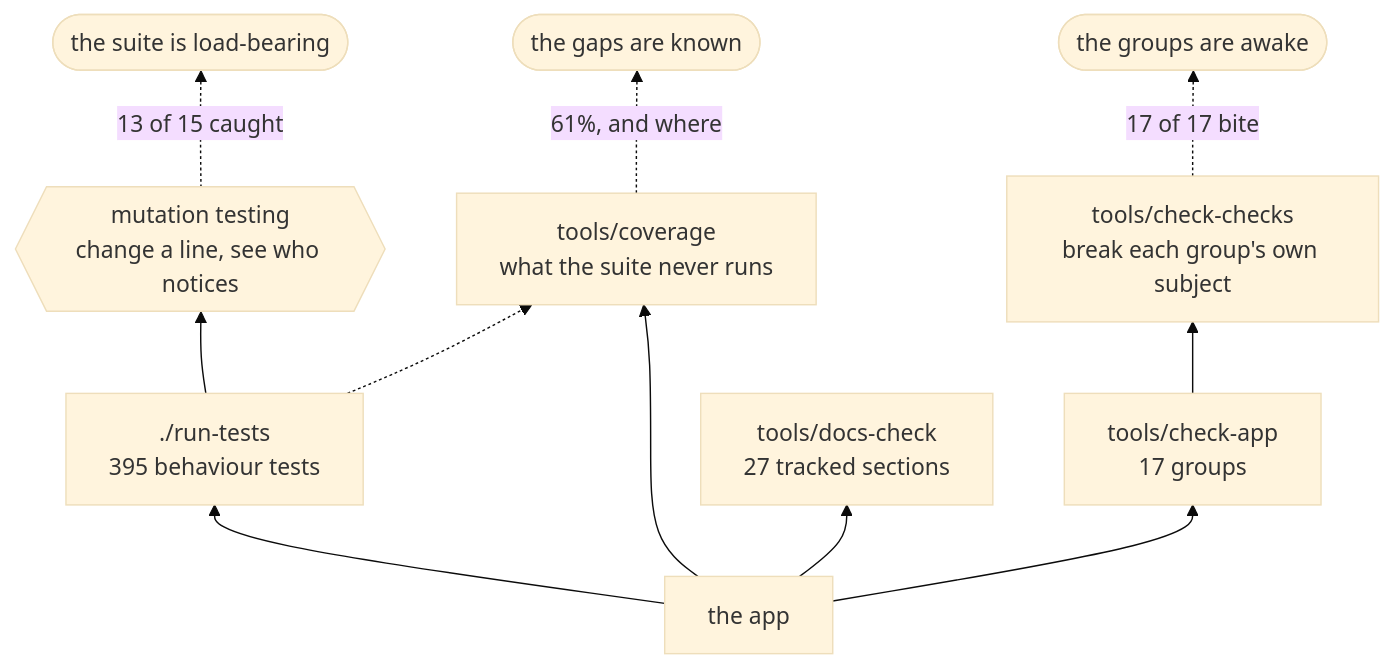
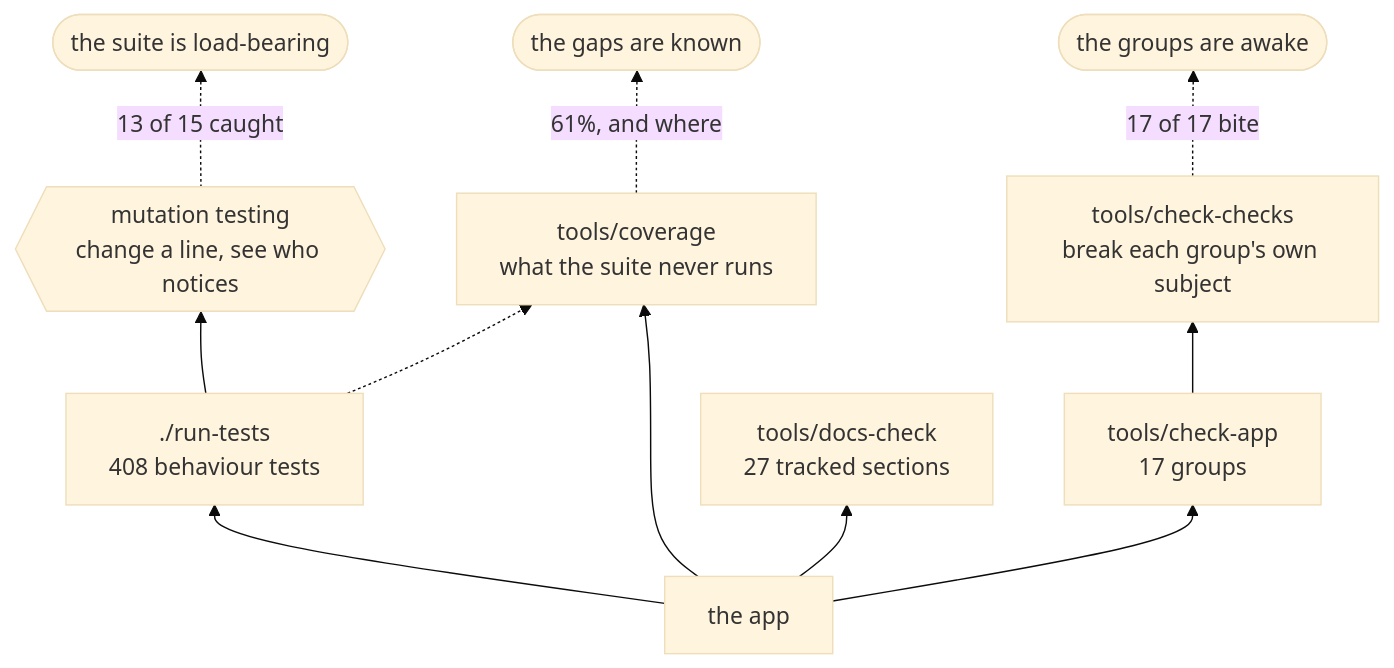
The second of 2 diagrams in docs/DEVELOPING.md (minormending/crystal-pilot-mobile), drawn with Mermaid (base theme) before and after one commit. The commit also changed 4 other files, not shown here.

````diff
--- a/docs/DEVELOPING.md
+++ b/docs/DEVELOPING.md
@@ -118,13 +118,13 @@
 ```mermaid
 flowchart BT
-    C["the app"] --> T["./run-tests<br/>395 behaviour tests"]
+    C["the app"] --> T["./run-tests<br/>408 behaviour tests"]
     C --> A["tools/check-app<br/>17 groups"]
     C --> D["tools/docs-check<br/>27 tracked sections"]
     C --> V["tools/coverage<br/>what the suite never runs"]
     T --> M{{"mutation testing<br/>change a line, see who notices"}}
     A --> K["tools/check-checks<br/>break each group's own subject"]
     T -.-> V
     M -.->|"13 of 15 caught"| R(["the suite is load-bearing"])
     K -.->|"17 of 17 bite"| R2(["the groups are awake"])
     V -.->|"61%, and where"| R3(["the gaps are known"])
 ```
````
